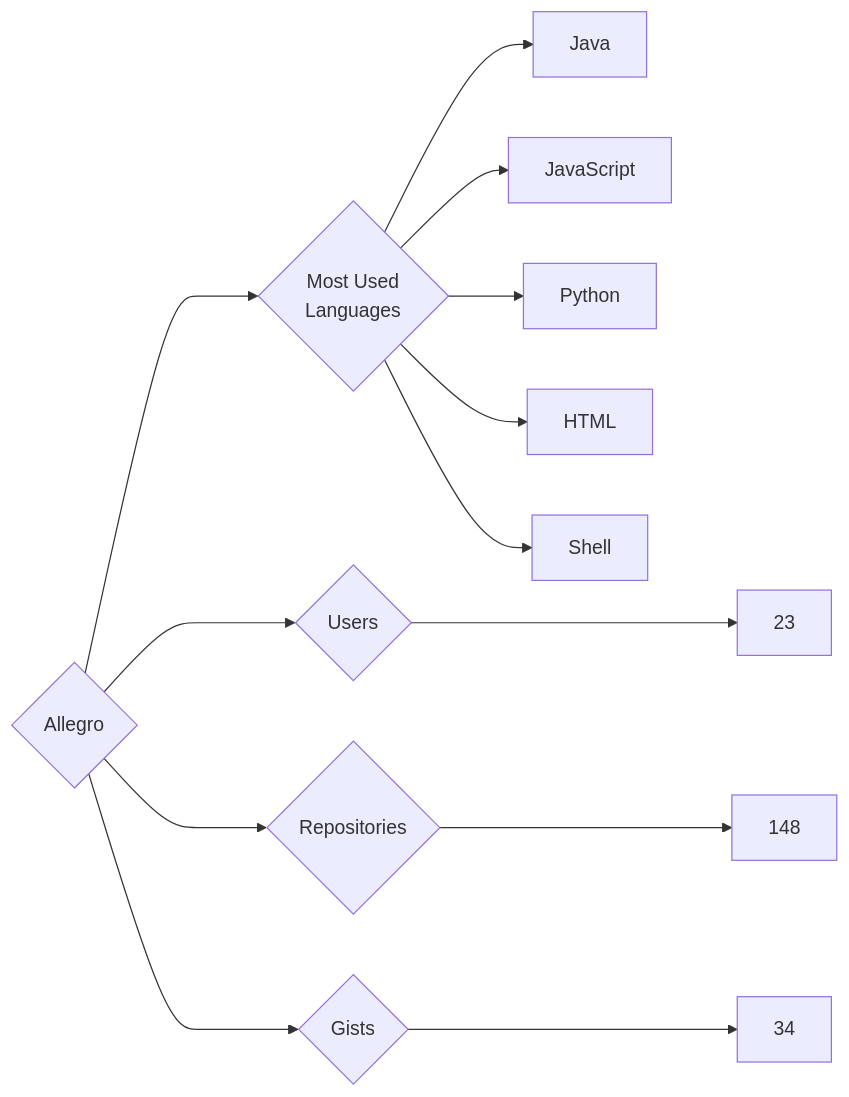
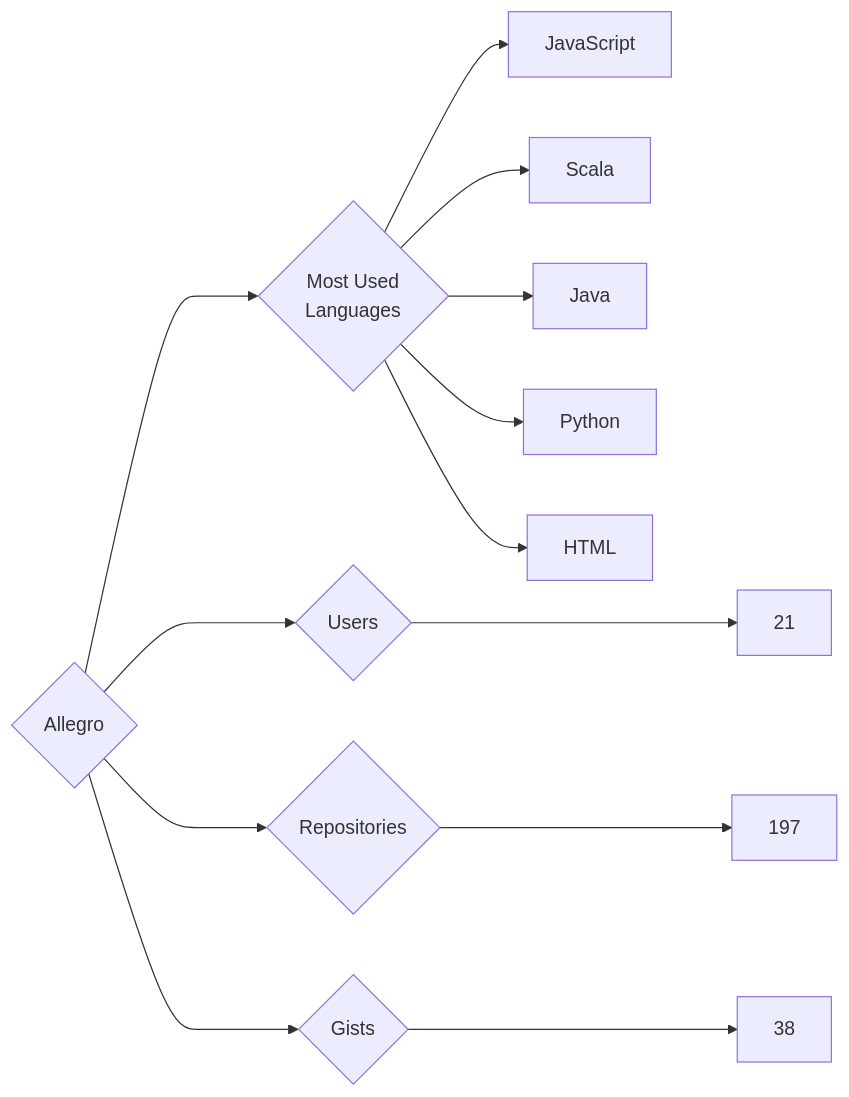
One commit to trickest/insiders changed the diagram in targets/Allegro/README.md. Above: the diagram before and after it, drawn with Mermaid. The commit also changed 984 other files, not shown here.

````diff
--- a/targets/Allegro/README.md
+++ b/targets/Allegro/README.md
@@ -3,13 +3,13 @@
 ```mermaid
 graph LR
 COMPANY_NAME{Allegro}
-COMPANY_NAME ---> U{Users} ---> UN[23]
-COMPANY_NAME ---> R{Repositories} ---> RN[148]
-COMPANY_NAME ---> G{Gists} ---> GN[34]
+COMPANY_NAME ---> U{Users} ---> UN[21]
+COMPANY_NAME ---> R{Repositories} ---> RN[197]
+COMPANY_NAME ---> G{Gists} ---> GN[38]
 COMPANY_NAME ---> ML{Most Used<br>Languages}
+ML --> JavaScript[JavaScript]
+ML --> Scala[Scala]
 ML --> Java[Java]
-ML --> JavaScript[JavaScript]
 ML --> Python[Python]
 ML --> HTML[HTML]
-ML --> Shell[Shell]
 ```
````
